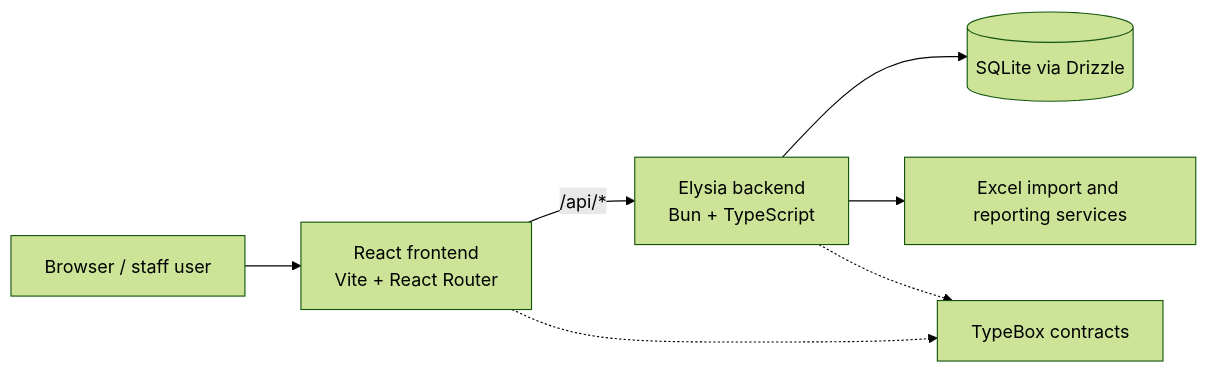
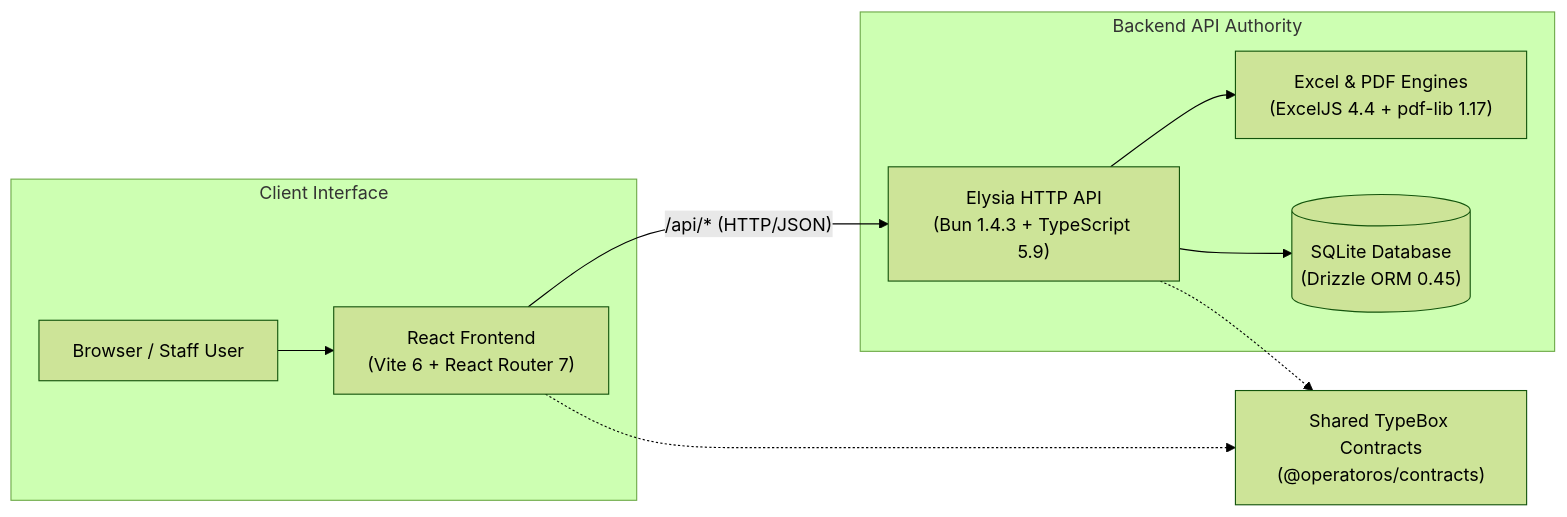
The first of 3 diagrams in README.md (daoistmadness/operatoros), drawn with Mermaid (forest theme) before and after one commit. The commit also changed other lines of this file, not shown here.

````diff
--- a/README.md
+++ b/README.md
@@ -41,16 +42,22 @@
 ```mermaid
 flowchart LR
-  Browser["Browser / staff user"]
-  FE["React frontend<br/>Vite + React Router"]
-  API["Elysia backend<br/>Bun + TypeScript"]
-  DB[("SQLite via Drizzle")]
-  Contracts["TypeBox contracts"]
-  Excel["Excel import and reporting services"]
+  subgraph Client ["Client Interface"]
+    Browser["Browser / Staff User"]
+    FE["React Frontend<br/>(Vite 6 + React Router 7)"]
+  end
+
+  subgraph Server ["Backend API Authority"]
+    API["Elysia HTTP API<br/>(Bun 1.4.3 + TypeScript 5.9)"]
+    Excel["Excel & PDF Engines<br/>(ExcelJS 4.4 + pdf-lib 1.17)"]
+    DB[("SQLite Database<br/>(Drizzle ORM 0.45)")]
+  end
+
+  Contracts["Shared TypeBox Contracts<br/>(@operatoros/contracts)"]
 
   Browser --> FE
-  FE -->|"/api/*"| API
+  FE -->|"/api/* (HTTP/JSON)"| API
   API --> DB
   API --> Excel
   FE -.-> Contracts
   API -.-> Contracts
 ```
````
